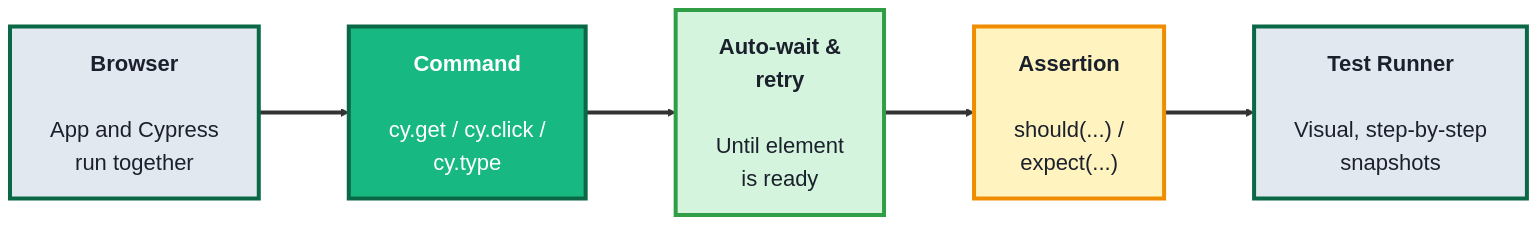
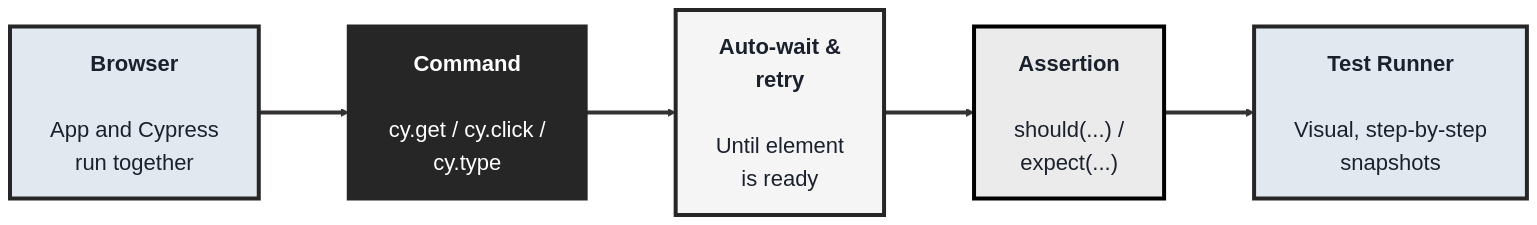
The second of 3 diagrams in src/Pages/courses/TechQA/module-3-automation-testing.md (SHEMODELTECH/shemodeltech), drawn with Mermaid before and after one commit. The commit also changed other lines of this file and 46 other files, not shown here.

````diff
--- a/src/Pages/courses/TechQA/module-3-automation-testing.md
+++ b/src/Pages/courses/TechQA/module-3-automation-testing.md
@@ -99,19 +99,19 @@
 ```mermaid
-%%{init: {'theme':'base', 'themeVariables': {'fontSize':'22px', 'primaryTextColor':'#1a202c', 'primaryBorderColor':'#0a6847', 'lineColor':'#333333'}, 'flowchart': {'nodeSpacing': 70, 'rankSpacing': 90, 'padding': 20}}}%%
+%%{init: {'theme':'base', 'themeVariables': {'fontSize':'22px', 'primaryTextColor':'#1a202c', 'primaryBorderColor':'#262626', 'lineColor':'#333333'}, 'flowchart': {'nodeSpacing': 70, 'rankSpacing': 90, 'padding': 20}}}%%
 flowchart LR
     B["<b>Browser</b><br/><br/>App and Cypress<br/>run together"]
     C["<b>Command</b><br/><br/>cy.get / cy.click /<br/>cy.type"]
     W["<b>Auto-wait &<br/>retry</b><br/><br/>Until element<br/>is ready"]
     A["<b>Assertion</b><br/><br/>should(...) /<br/>expect(...)"]
     TR["<b>Test Runner</b><br/><br/>Visual, step-by-step<br/>snapshots"]
 
     B ==> C ==> W ==> A
     A ==> TR
 
-    style B fill:#e2e8f0,color:#1a202c,stroke:#0a6847,stroke-width:4px
-    style C fill:#17b881,color:#fff,stroke:#0a6847,stroke-width:4px
-    style W fill:#d4f4dd,color:#1a202c,stroke:#2f9e44,stroke-width:4px
-    style A fill:#fff3bf,color:#1a202c,stroke:#f08c00,stroke-width:4px
-    style TR fill:#e2e8f0,color:#1a202c,stroke:#0a6847,stroke-width:4px
+    style B fill:#e2e8f0,color:#1a202c,stroke:#262626,stroke-width:4px
+    style C fill:#262626,color:#fff,stroke:#262626,stroke-width:4px
+    style W fill:#F5F5F5,color:#1a202c,stroke:#262626,stroke-width:4px
+    style A fill:#EBEBEB,color:#1a202c,stroke:#000000,stroke-width:4px
+    style TR fill:#e2e8f0,color:#1a202c,stroke:#262626,stroke-width:4px
     linkStyle default stroke-width:4px,stroke:#333333
 ```
````
